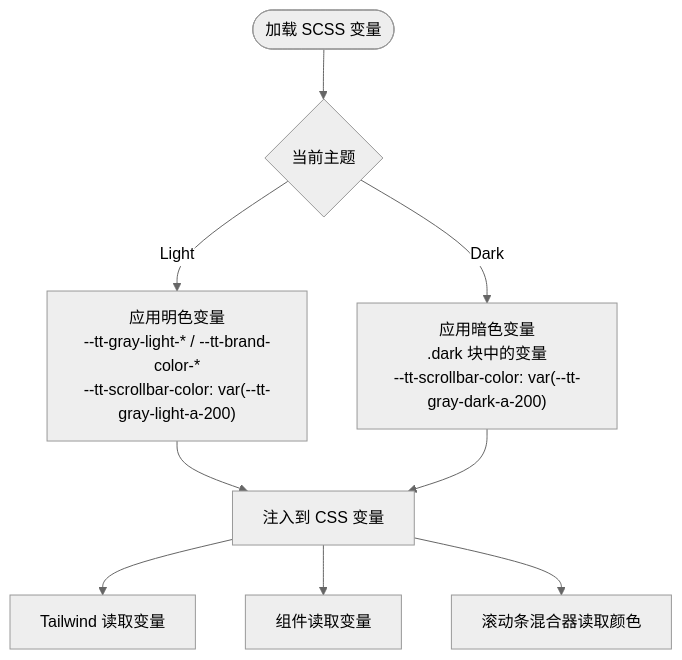
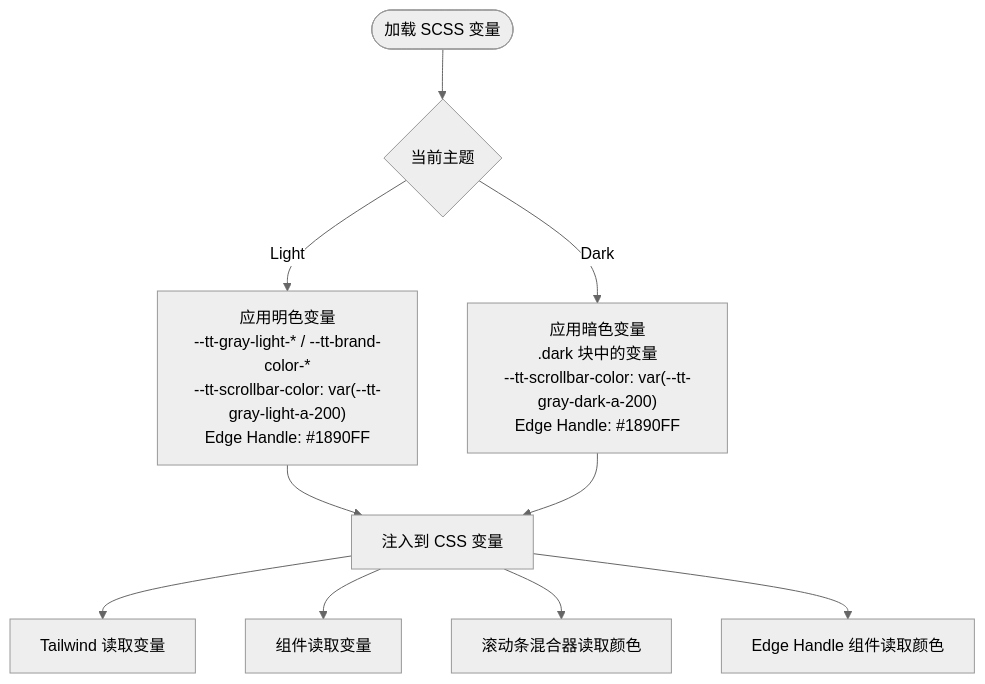
The fourth of 12 diagrams in .qoder/repowiki/zh/content/前端应用架构/UI组件库/主题与样式系统.md (KunLabAI/KunFlix), drawn with Mermaid (neutral theme) before and after one commit. The commit also changed other lines of this file and 9 other files, not shown here.

````diff
--- a/.qoder/repowiki/zh/content/前端应用架构/UI组件库/主题与样式系统.md
+++ b/.qoder/repowiki/zh/content/前端应用架构/UI组件库/主题与样式系统.md
@@ -221,11 +254,12 @@
 ```mermaid
 flowchart TD
 Start(["加载 SCSS 变量"]) --> Mode{"当前主题"}
-Mode --> |Light| ApplyLight["应用明色变量<br/>--tt-gray-light-* / --tt-brand-color-*<br/>--tt-scrollbar-color: var(--tt-gray-light-a-200)"]
-Mode --> |Dark| ApplyDark["应用暗色变量<br/>.dark 块中的变量<br/>--tt-scrollbar-color: var(--tt-gray-dark-a-200)"]
+Mode --> |Light| ApplyLight["应用明色变量<br/>--tt-gray-light-* / --tt-brand-color-*<br/>--tt-scrollbar-color: var(--tt-gray-light-a-200)<br/>Edge Handle: #1890FF"]
+Mode --> |Dark| ApplyDark["应用暗色变量<br/>.dark 块中的变量<br/>--tt-scrollbar-color: var(--tt-gray-dark-a-200)<br/>Edge Handle: #1890FF"]
 ApplyLight --> Tokens["注入到 CSS 变量"]
 ApplyDark --> Tokens
 Tokens --> Tailwind["Tailwind 读取变量"]
 Tokens --> Components["组件读取变量"]
 Tokens --> Scrollbar["滚动条混合器读取颜色"]
+Tokens --> EdgeHandle["Edge Handle 组件读取颜色"]
 ```
````
